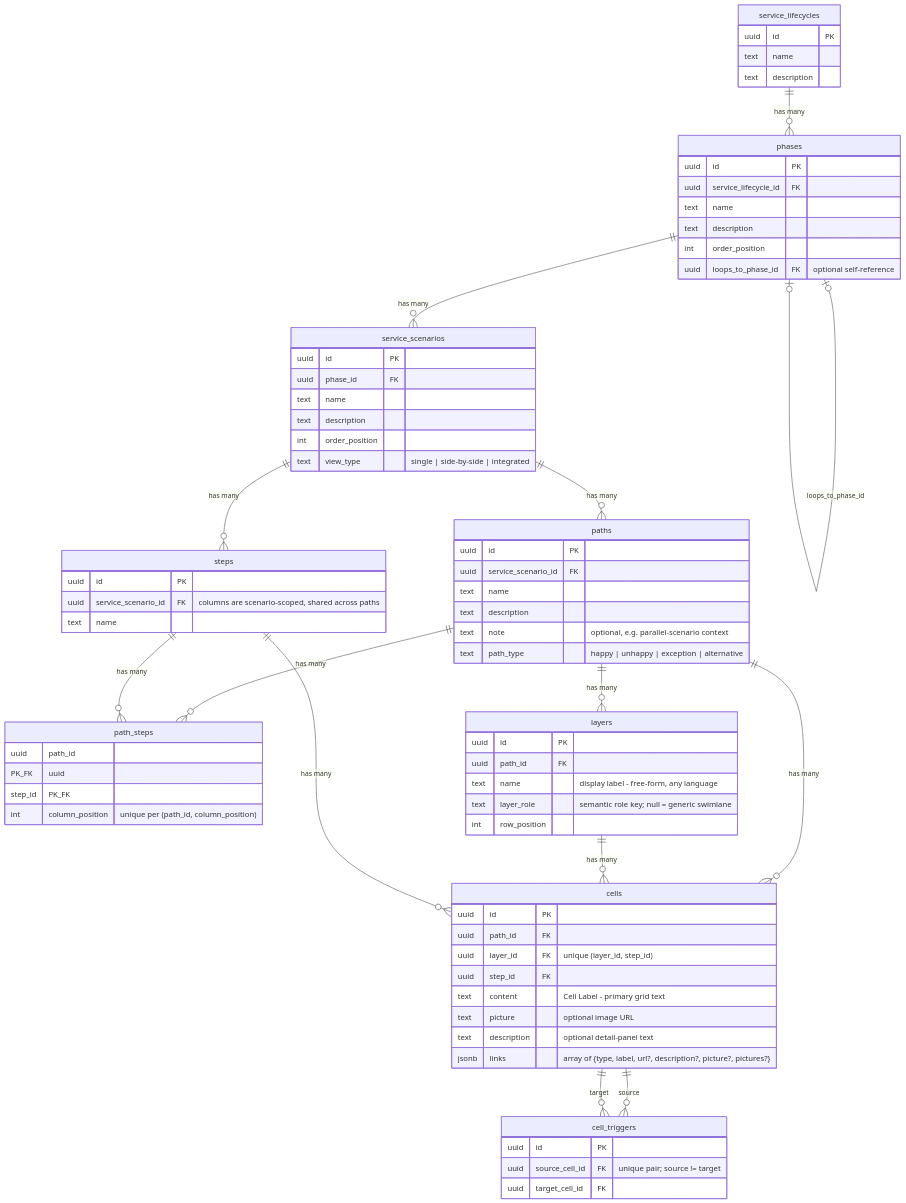
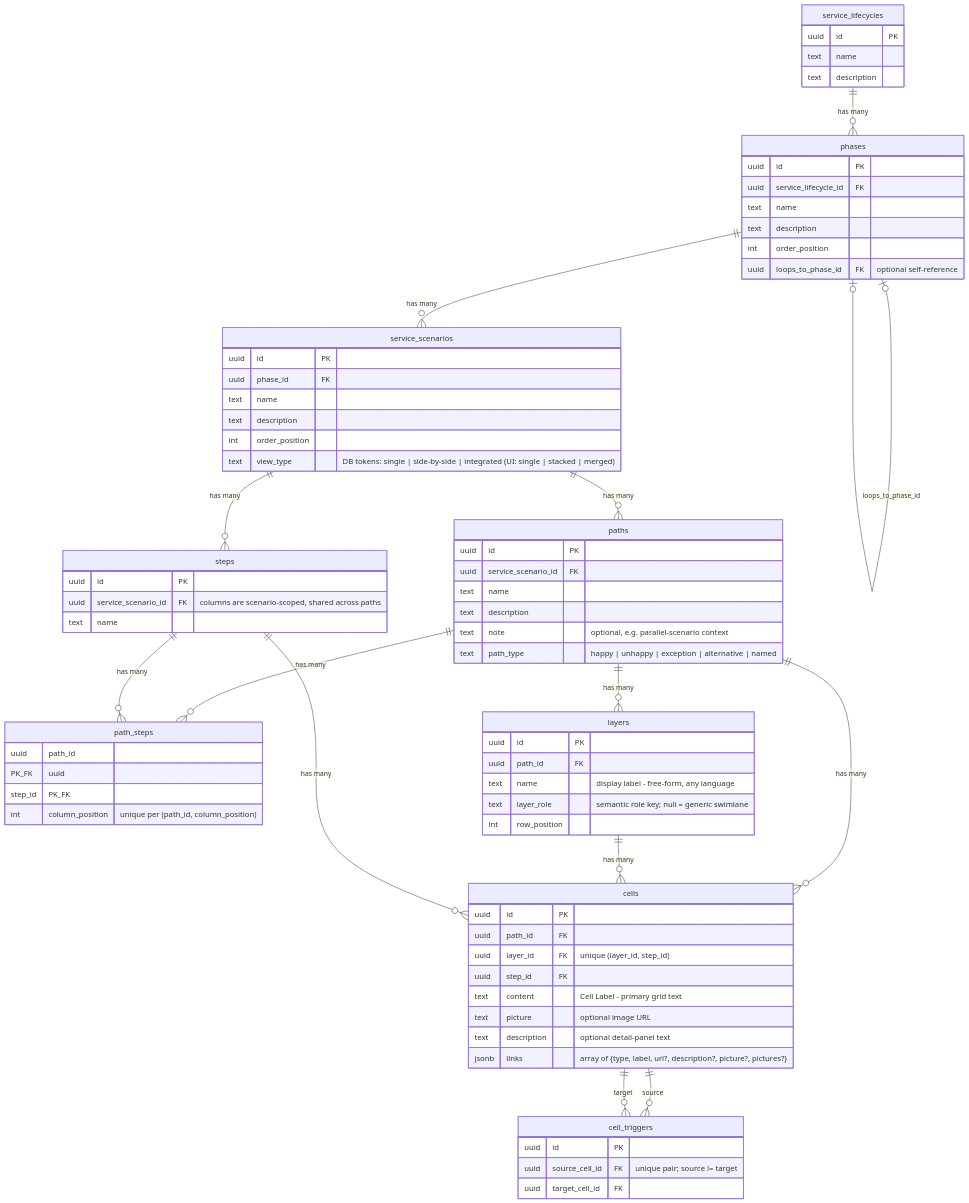
The diagram in references/data-model.md (BilLogic/agentic-service-blueprinting), drawn with Mermaid before and after one commit. The commit also changed other lines of this file and 16 other files, not shown here.

````diff
--- a/references/data-model.md
+++ b/references/data-model.md
@@ -19,26 +19,26 @@
 ```mermaid
 erDiagram
   service_lifecycles ||--o{ phases : "has many"
   phases ||--o{ service_scenarios : "has many"
   phases |o--o| phases : "loops_to_phase_id"
   service_scenarios ||--o{ paths : "has many"
   service_scenarios ||--o{ steps : "has many"
   paths ||--o{ path_steps : "has many"
   steps ||--o{ path_steps : "has many"
   paths ||--o{ layers : "has many"
   paths ||--o{ cells : "has many"
   layers ||--o{ cells : "has many"
   steps ||--o{ cells : "has many"
   cells ||--o{ cell_triggers : "source"
   cells ||--o{ cell_triggers : "target"
 
   service_lifecycles { uuid id PK  text name  text description }
   phases { uuid id PK  uuid service_lifecycle_id FK  text name  text description  int order_position  uuid loops_to_phase_id FK "optional self-reference" }
-  service_scenarios { uuid id PK  uuid phase_id FK  text name  text description  int order_position  text view_type "single | side-by-side | integrated" }
-  paths { uuid id PK  uuid service_scenario_id FK  text name  text description  text note "optional, e.g. parallel-scenario context"  text path_type "happy | unhappy | exception | alternative" }
+  service_scenarios { uuid id PK  uuid phase_id FK  text name  text description  int order_position  text view_type "DB tokens: single | side-by-side | integrated (UI: single | stacked | merged)" }
+  paths { uuid id PK  uuid service_scenario_id FK  text name  text description  text note "optional, e.g. parallel-scenario context"  text path_type "happy | unhappy | exception | alternative | named" }
   steps { uuid id PK  uuid service_scenario_id FK "columns are scenario-scoped, shared across paths"  text name }
   path_steps { uuid path_id PK_FK  uuid step_id PK_FK  int column_position "unique per (path_id, column_position)" }
   layers { uuid id PK  uuid path_id FK  text name "display label - free-form, any language"  text layer_role "semantic role key; null = generic swimlane"  int row_position }
   cells { uuid id PK  uuid path_id FK  uuid layer_id FK "unique (layer_id, step_id)"  uuid step_id FK  text content "Cell Label - primary grid text"  text picture "optional image URL"  text description "optional detail-panel text"  jsonb links "array of {type, label, url?, description?, picture?, pictures?}" }
   cell_triggers { uuid id PK  uuid source_cell_id FK "unique pair; source != target"  uuid target_cell_id FK }
 ```
````
